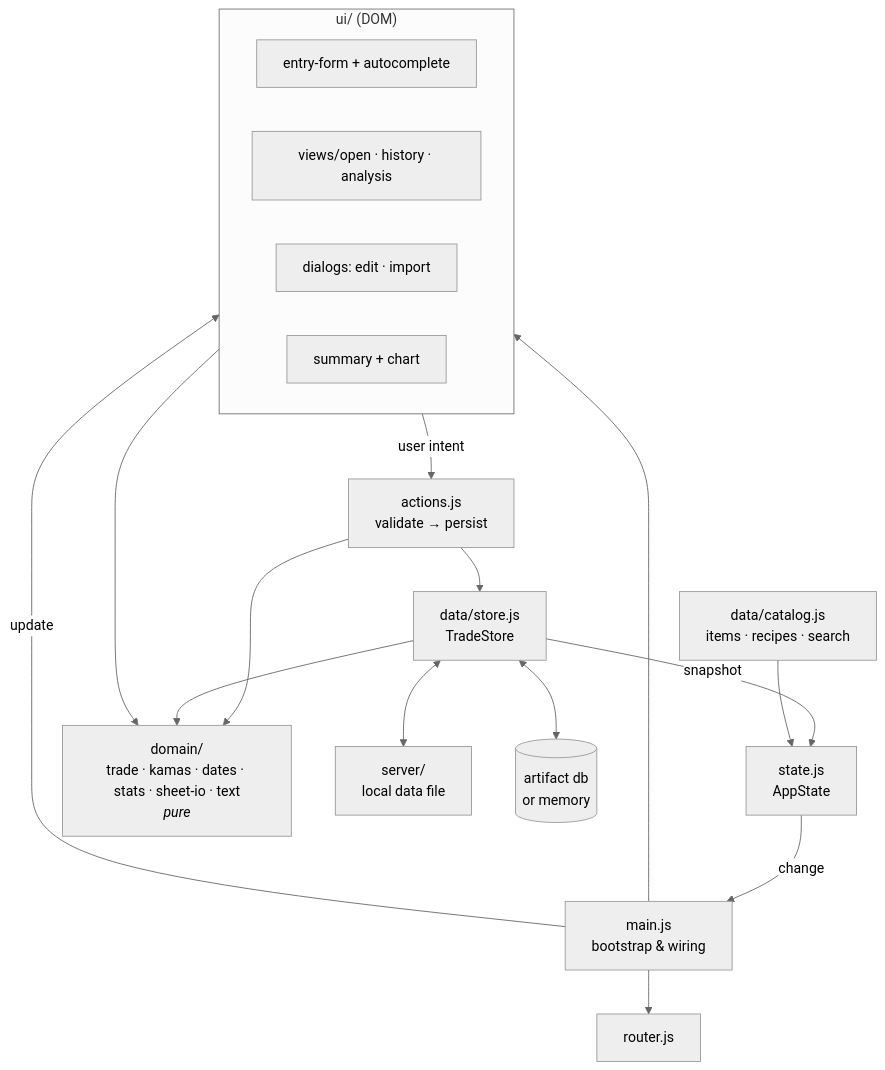
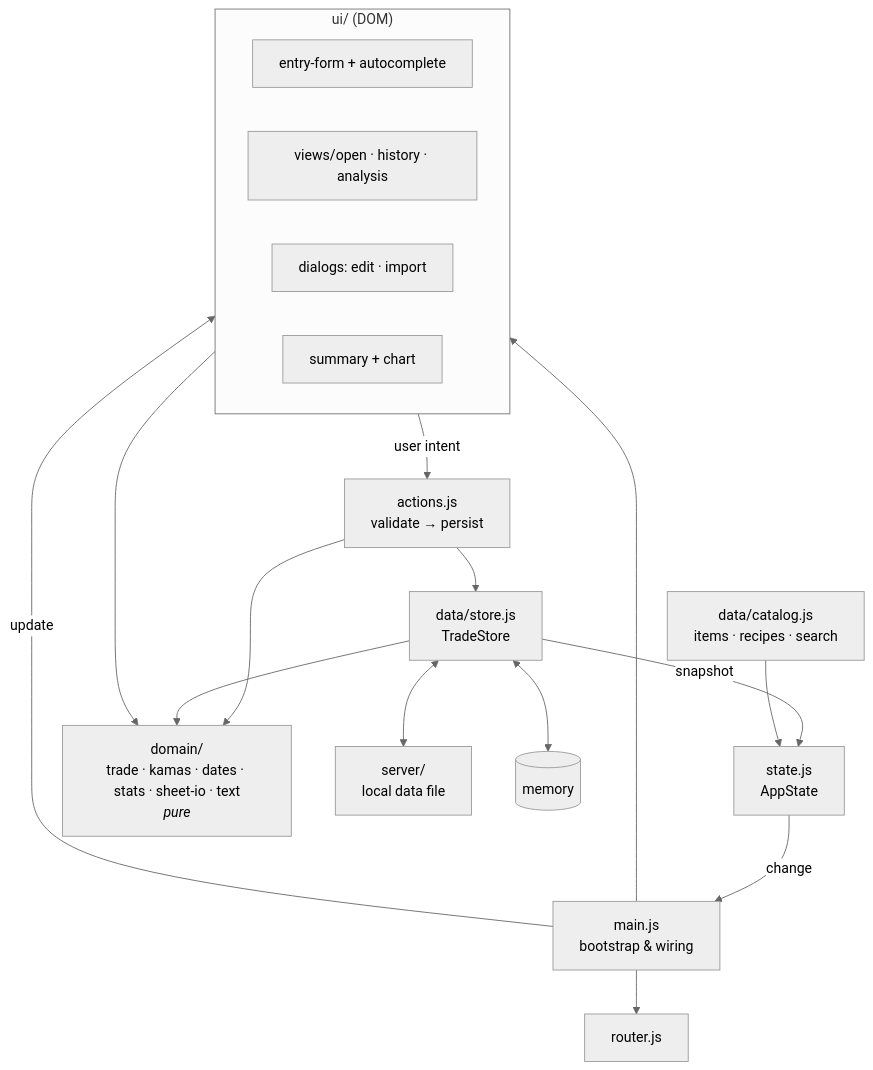
One commit to Lymero/carnet-de-kamas changed the diagram in docs/ARCHITECTURE.md. Above: the diagram before and after it, drawn with Mermaid (neutral theme). The commit also changed other lines of this file and 17 other files, not shown here.

````diff
--- a/docs/ARCHITECTURE.md
+++ b/docs/ARCHITECTURE.md
@@ -13,23 +13,23 @@
 ```mermaid
 flowchart TD
   subgraph UI["ui/ (DOM)"]
     form[entry-form + autocomplete]
     views[views/open · history · analysis]
     dialogs[dialogs: edit · import]
     summary[summary + chart]
   end
   main[main.js<br/>bootstrap & wiring] --> UI
   main --> router[router.js]
   UI -- user intent --> actions[actions.js<br/>validate → persist]
   actions --> store[data/store.js<br/>TradeStore]
   store -- snapshot --> state[state.js<br/>AppState]
   state -- change --> main
   main -- update --> UI
   UI --> domain
   actions --> domain
   store --> domain
   catalog[data/catalog.js<br/>items · recipes · search] --> state
   domain[domain/<br/>trade · kamas · dates · stats · sheet-io · text<br/><i>pure</i>]
   store <--> server[server/<br/>local data file]
-  store <--> db[(artifact db<br/>or memory)]
+  store <--> memory[(memory)]
 ```
````
